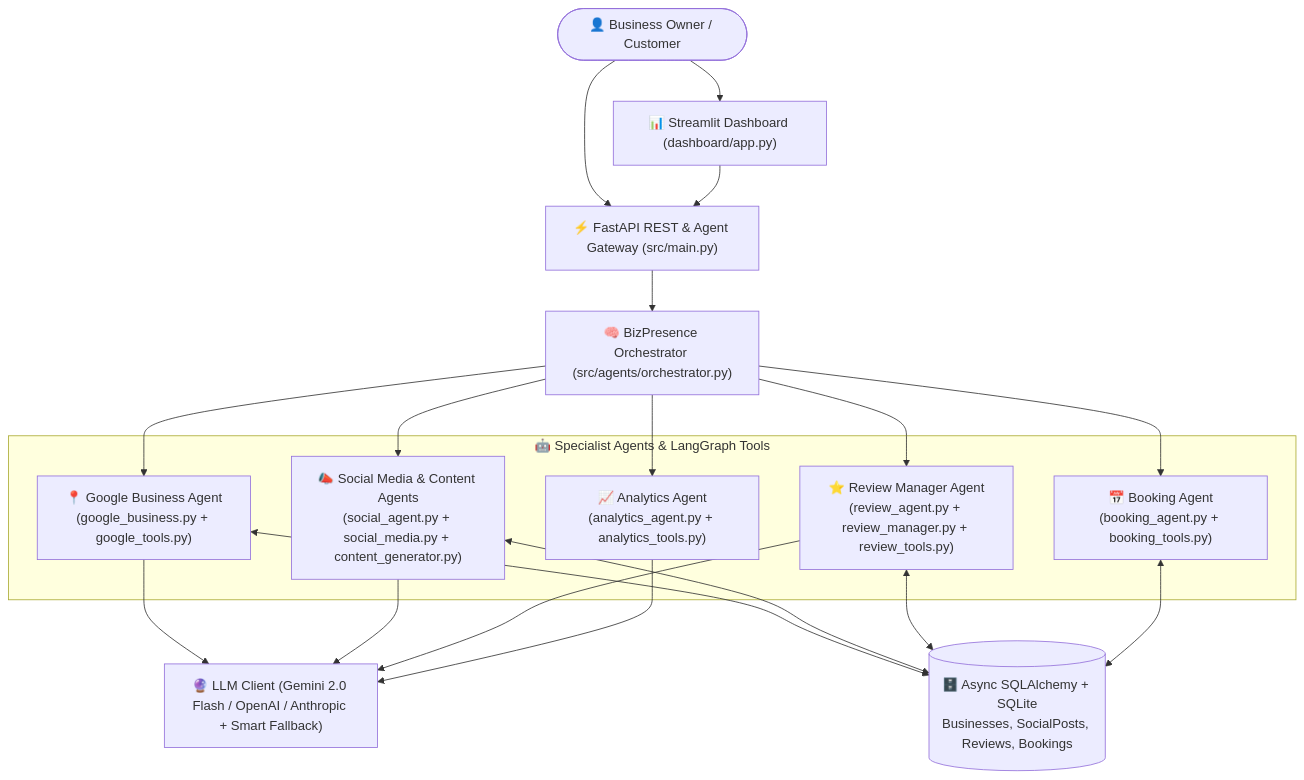
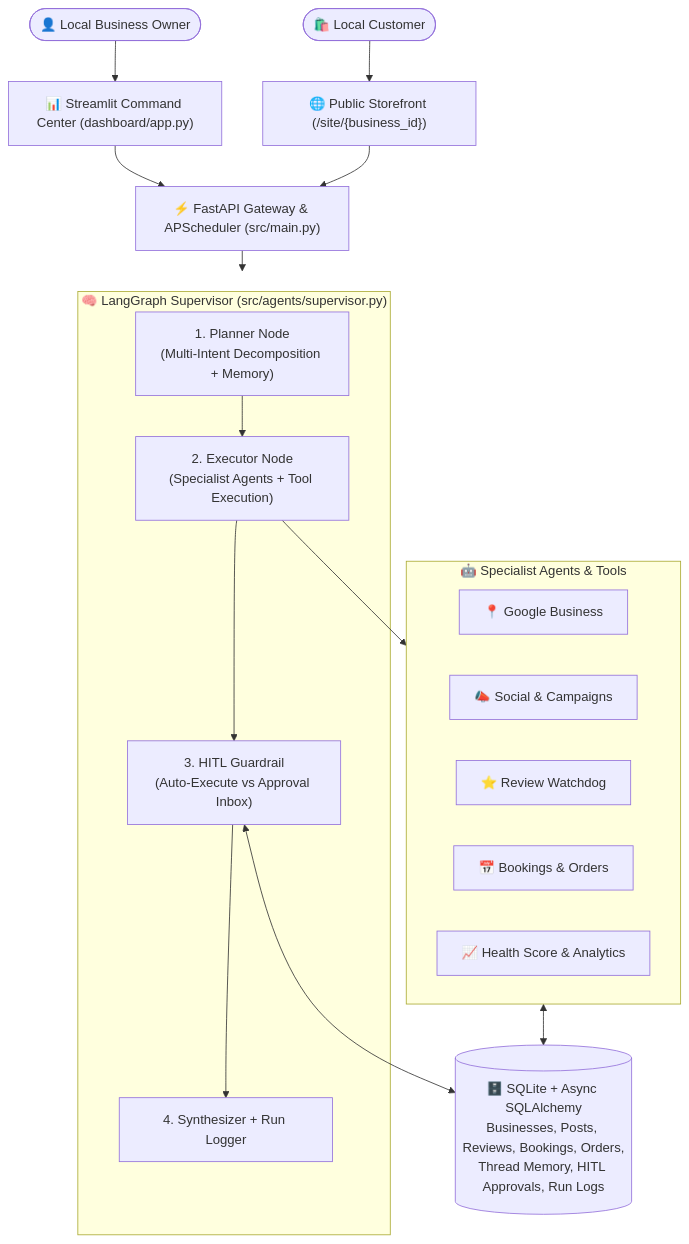
Before and after one commit to chauhansachin13/local-biz-agent: the diagram in README.md, drawn with Mermaid. The commit also changed other lines of this file and 19 other files, not shown here.

Commit message:
Add LangGraph supervisor, HITL approvals, APScheduler autopilot, orders, storefront & 60s launch wizard

````diff
--- a/README.md
+++ b/README.md
@@ -36,39 +54,32 @@
 ```mermaid
 flowchart TB
-    User(["👤 Business Owner / Customer"])
-    UI["📊 Streamlit Dashboard (dashboard/app.py)"]
-    API["⚡ FastAPI REST & Agent Gateway (src/main.py)"]
-    Orch["🧠 BizPresence Orchestrator (src/agents/orchestrator.py)"]
+    Owner(["👤 Local Business Owner"])
+    Customer(["🛍️ Local Customer"])
+    UI["📊 Streamlit Command Center (dashboard/app.py)"]
+    Site["🌐 Public Storefront (/site/{business_id})"]
+    API["⚡ FastAPI Gateway & APScheduler (src/main.py)"]
 
-    subgraph Agents["🤖 Specialist Agents & LangGraph Tools"]
-        GBP["📍 Google Business Agent\n(google_business.py + google_tools.py)"]
-        Social["📣 Social Media & Content Agents\n(social_agent.py + social_media.py + content_generator.py)"]
-        Review["⭐ Review Manager Agent\n(review_agent.py + review_manager.py + review_tools.py)"]
-        Booking["📅 Booking Agent\n(booking_agent.py + booking_tools.py)"]
-        Analytics["📈 Analytics Agent\n(analytics_agent.py + analytics_tools.py)"]
+    subgraph LangGraph["🧠 LangGraph Supervisor (src/agents/supervisor.py)"]
+        Plan["1. Planner Node\n(Multi-Intent Decomposition + Memory)"]
+        Exec["2. Executor Node\n(Specialist Agents + Tool Execution)"]
+        HITL["3. HITL Guardrail\n(Auto-Execute vs Approval Inbox)"]
+        Synth["4. Synthesizer + Run Logger"]
+        Plan --> Exec --> HITL --> Synth
     end
 
-    LLM["🔮 LLM Client (Gemini 2.0 Flash / OpenAI / Anthropic + Smart Fallback)"]
-    DB[("🗄️ Async SQLAlchemy + SQLite\nBusinesses, SocialPosts, Reviews, Bookings")]
+    subgraph Specialists["🤖 Specialist Agents & Tools"]
+        GBP["📍 Google Business"]
+        Social["📣 Social & Campaigns"]
+        Review["⭐ Review Watchdog"]
+        Booking["📅 Bookings & Orders"]
+        Analytics["📈 Health Score & Analytics"]
+    end
 
-    User --> UI
-    User --> API
-    UI --> API
-    API --> Orch
+    DB[("🗄️ SQLite + Async SQLAlchemy\nBusinesses, Posts, Reviews, Bookings, Orders,\nThread Memory, HITL Approvals, Run Logs")]
 
-    Orch --> GBP
-    Orch --> Social
-    Orch --> Review
-    Orch --> Booking
-    Orch --> Analytics
-
-    GBP --> LLM
-    Social --> LLM
-    Review --> LLM
-    Analytics --> LLM
-
-    GBP <--> DB
-    Social <--> DB
-    Review <--> DB
-    Booking <--> DB
+    Owner --> UI --> API --> LangGraph
+    Customer --> Site --> API
+    Exec --> Specialists
+    Specialists <--> DB
+    HITL <--> DB
 ```
````
